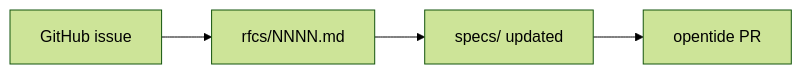
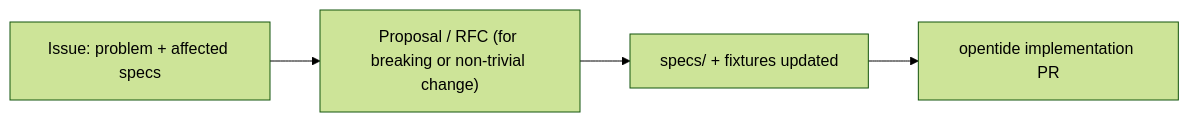
The diagram in GOVERNANCE.md (opentidehq/specifications), drawn with Mermaid (forest theme) before and after one commit. The commit also changed other lines of this file and 17 other files, not shown here.

````diff
--- a/GOVERNANCE.md
+++ b/GOVERNANCE.md
@@ -23,6 +32,6 @@
 ```mermaid
 flowchart LR
-  Issue["GitHub issue"] --> RFC["rfcs/NNNN.md"]
-  RFC --> Spec["specs/ updated"]
-  Spec --> Impl["opentide PR"]
+  Issue["Issue: problem + affected specs"] --> Proposal["Proposal / RFC (for breaking or non-trivial change)"]
+  Proposal --> Spec["specs/ + fixtures updated"]
+  Spec --> Impl["opentide implementation PR"]
 ```
````
